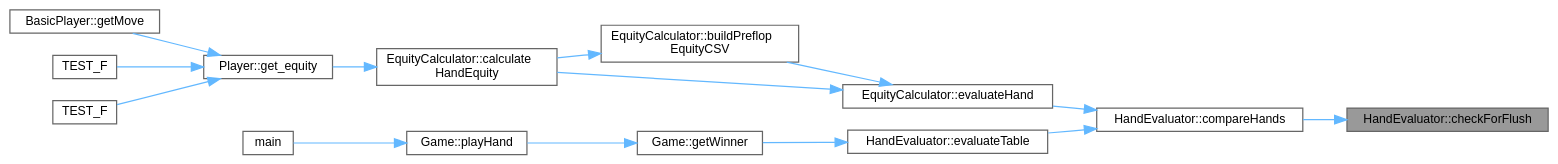
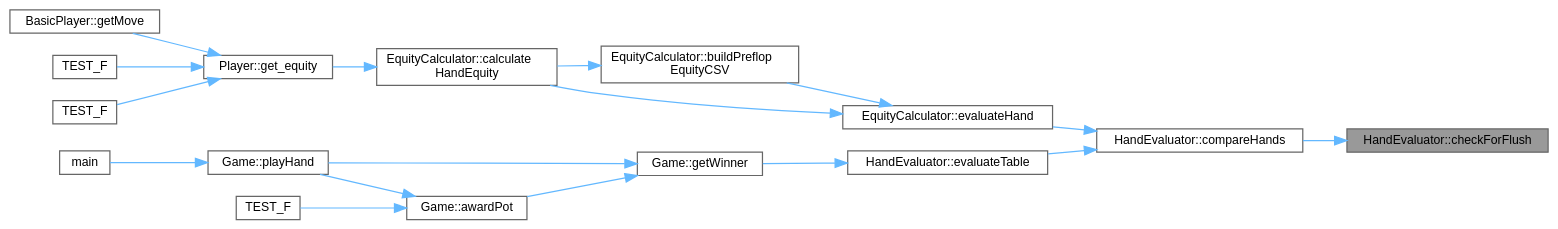
One commit to jesstyrrell/cosc345 changed the diagram in class_hand_evaluator_a3516765d723bb99d75f7a881c6cf5202_icgraph.dot. Above: the diagram before and after it, drawn with Graphviz. The commit also changed 152 other files, not shown here.

```diff
--- a/class_hand_evaluator_a3516765d723bb99d75f7a881c6cf5202_icgraph.dot
+++ b/class_hand_evaluator_a3516765d723bb99d75f7a881c6cf5202_icgraph.dot
@@ -1,35 +1,40 @@
 digraph "HandEvaluator::checkForFlush"
 {
  // INTERACTIVE_SVG=YES
  // LATEX_PDF_SIZE
   bgcolor="transparent";
   edge [fontname=Helvetica,fontsize=10,labelfontname=Helvetica,labelfontsize=10];
   node [fontname=Helvetica,fontsize=10,shape=box,height=0.2,width=0.4];
   rankdir="RL";
   Node1 [id="Node000001",label="HandEvaluator::checkForFlush",height=0.2,width=0.4,color="gray40", fillcolor="grey60", style="filled", fontcolor="black",tooltip="Checks for a flush in a combined hand and community cards."];
   Node1 -> Node2 [id="edge1_Node000001_Node000002",dir="back",color="steelblue1",style="solid",tooltip=" "];
   Node2 [id="Node000002",label="HandEvaluator::compareHands",height=0.2,width=0.4,color="grey40", fillcolor="white", style="filled",URL="$class_hand_evaluator.html#ac699bebeb0b211a7b84359a1023e0d83",tooltip="Compares two hands to determine the winner."];
   Node2 -> Node3 [id="edge2_Node000002_Node000003",dir="back",color="steelblue1",style="solid",tooltip=" "];
   Node3 [id="Node000003",label="EquityCalculator::evaluateHand",height=0.2,width=0.4,color="grey40", fillcolor="white", style="filled",URL="$class_equity_calculator.html#af315dfcb578ab5889dab4bc970b1d597",tooltip=" "];
   Node3 -> Node4 [id="edge3_Node000003_Node000004",dir="back",color="steelblue1",style="solid",tooltip=" "];
   Node4 [id="Node000004",label="EquityCalculator::buildPreflop\lEquityCSV",height=0.2,width=0.4,color="grey40", fillcolor="white", style="filled",URL="$class_equity_calculator.html#a5e6d58769d8554960b7434bef984cb28",tooltip=" "];
   Node4 -> Node5 [id="edge4_Node000004_Node000005",dir="back",color="steelblue1",style="solid",tooltip=" "];
   Node5 [id="Node000005",label="EquityCalculator::calculate\lHandEquity",height=0.2,width=0.4,color="grey40", fillcolor="white", style="filled",URL="$class_equity_calculator.html#a7538b1a4d83a396d16dc0673cb3eb619",tooltip="Evaluates the equity of a hand against multiple opponents."];
   Node5 -> Node6 [id="edge5_Node000005_Node000006",dir="back",color="steelblue1",style="solid",tooltip=" "];
   Node6 [id="Node000006",label="Player::get_equity",height=0.2,width=0.4,color="grey40", fillcolor="white", style="filled",URL="$class_player.html#ac40b5f5383aa1b6146a39c74f08254ad",tooltip="Returns the equity of the players hand for the current stage of the game."];
   Node6 -> Node7 [id="edge6_Node000006_Node000007",dir="back",color="steelblue1",style="solid",tooltip=" "];
   Node7 [id="Node000007",label="BasicPlayer::getMove",height=0.2,width=0.4,color="grey40", fillcolor="white", style="filled",URL="$class_basic_player.html#ab77fd6eb15d997d705eb1f750b3ebd52",tooltip="Gets the player's move during their turn."];
   Node6 -> Node8 [id="edge7_Node000006_Node000008",dir="back",color="steelblue1",style="solid",tooltip=" "];
   Node8 [id="Node000008",label="TEST_F",height=0.2,width=0.4,color="grey40", fillcolor="white", style="filled",URL="$test___player_8cc.html#a58e6b1b83a0b3890240da45b9cfca22b",tooltip=" "];
   Node6 -> Node9 [id="edge8_Node000006_Node000009",dir="back",color="steelblue1",style="solid",tooltip=" "];
   Node9 [id="Node000009",label="TEST_F",height=0.2,width=0.4,color="grey40", fillcolor="white", style="filled",URL="$test___player_8cc.html#ab159003d62d4815baca60d6e6394374e",tooltip=" "];
   Node3 -> Node5 [id="edge9_Node000003_Node000005",dir="back",color="steelblue1",style="solid",tooltip=" "];
   Node2 -> Node10 [id="edge10_Node000002_Node000010",dir="back",color="steelblue1",style="solid",tooltip=" "];
   Node10 [id="Node000010",label="HandEvaluator::evaluateTable",height=0.2,width=0.4,color="grey40", fillcolor="white", style="filled",URL="$class_hand_evaluator.html#a913d9b6af7946277de9652577b88292b",tooltip="Evaluates multiple hands against community cards."];
   Node10 -> Node11 [id="edge11_Node000010_Node000011",dir="back",color="steelblue1",style="solid",tooltip=" "];
   Node11 [id="Node000011",label="Game::getWinner",height=0.2,width=0.4,color="grey40", fillcolor="white", style="filled",URL="$class_game.html#aab46e042704ec19c1f0a52280ef06bef",tooltip="Determines the winner(s) of the current hand."];
   Node11 -> Node12 [id="edge12_Node000011_Node000012",dir="back",color="steelblue1",style="solid",tooltip=" "];
-  Node12 [id="Node000012",label="Game::playHand",height=0.2,width=0.4,color="grey40", fillcolor="white", style="filled",URL="$class_game.html#ab72401c43b303a37dec67f3d6b75a927",tooltip="Plays a single hand of poker."];
+  Node12 [id="Node000012",label="Game::awardPot",height=0.2,width=0.4,color="grey40", fillcolor="white", style="filled",URL="$class_game.html#ac0b29143b66a8cecb267b54ac84deb06",tooltip="Awards the pot to the winning players."];
   Node12 -> Node13 [id="edge13_Node000012_Node000013",dir="back",color="steelblue1",style="solid",tooltip=" "];
-  Node13 [id="Node000013",label="main",height=0.2,width=0.4,color="grey40", fillcolor="white", style="filled",URL="$main_8cpp.html#a0ddf1224851353fc92bfbff6f499fa97",tooltip=" "];
+  Node13 [id="Node000013",label="Game::playHand",height=0.2,width=0.4,color="grey40", fillcolor="white", style="filled",URL="$class_game.html#ab72401c43b303a37dec67f3d6b75a927",tooltip="Plays a single hand of poker."];
+  Node13 -> Node14 [id="edge14_Node000013_Node000014",dir="back",color="steelblue1",style="solid",tooltip=" "];
+  Node14 [id="Node000014",label="main",height=0.2,width=0.4,color="grey40", fillcolor="white", style="filled",URL="$main_8cpp.html#a0ddf1224851353fc92bfbff6f499fa97",tooltip=" "];
+  Node12 -> Node15 [id="edge15_Node000012_Node000015",dir="back",color="steelblue1",style="solid",tooltip=" "];
+  Node15 [id="Node000015",label="TEST_F",height=0.2,width=0.4,color="grey40", fillcolor="white", style="filled",URL="$test___game_8cc.html#adf97e005acdc02b38d612eabddf53792",tooltip=" "];
+  Node11 -> Node13 [id="edge16_Node000011_Node000013",dir="back",color="steelblue1",style="solid",tooltip=" "];
 }
```
